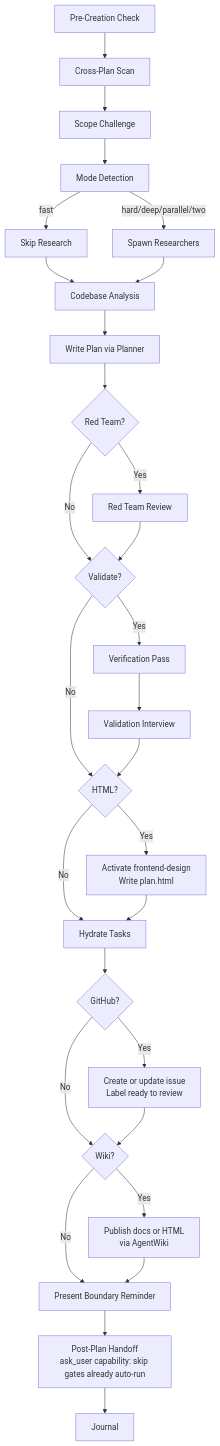
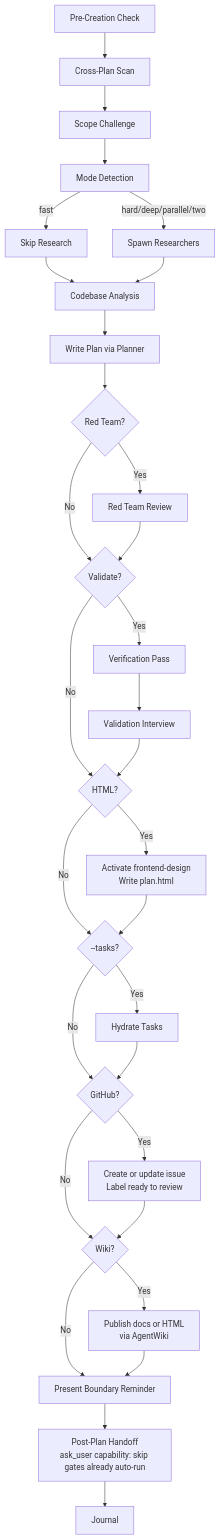
Before and after one commit to olympusforce/athena: the diagram in plugins/athena/skills/plan/SKILL.md, drawn with Mermaid. The commit also changed other lines of this file and 15 other files, not shown here.

````diff
--- a/plugins/athena/skills/plan/SKILL.md
+++ b/plugins/athena/skills/plan/SKILL.md
@@ -384,31 +385,33 @@
 ```mermaid
 flowchart TD
     A[Pre-Creation Check] --> B[Cross-Plan Scan]
     B --> C[Scope Challenge]
     C --> D[Mode Detection]
     D -->|fast| E[Skip Research]
     D -->|hard/deep/parallel/two| F[Spawn Researchers]
     E --> G[Codebase Analysis]
     F --> G
     G --> H[Write Plan via Planner]
     H --> I{Red Team?}
     I -->|Yes| J[Red Team Review]
     I -->|No| K{Validate?}
     J --> K
     K -->|Yes| V[Verification Pass]
     K -->|No| X{HTML?}
     V --> L[Validation Interview]
     L --> X
     X -->|Yes| Y[Activate frontend-design<br/>Write plan.html]
-    X -->|No| M[Hydrate Tasks]
-    Y --> M
-    M --> Q{GitHub?}
+    X -->|No| T{--tasks?}
+    Y --> T
+    T -->|Yes| M[Hydrate Tasks]
+    T -->|No| Q{GitHub?}
+    M --> Q
     Q -->|Yes| R[Create or update issue<br/>Label ready to review]
     Q -->|No| W{Wiki?}
     R --> W
     W -->|Yes| S[Publish docs or HTML<br/>via AgentWiki]
     W -->|No| N[Present Boundary Reminder]
     S --> N
     N --> P[Post-Plan Handoff<br/>ask_user capability: skip gates already auto-run]
     P --> O[Journal]
 ```
````
